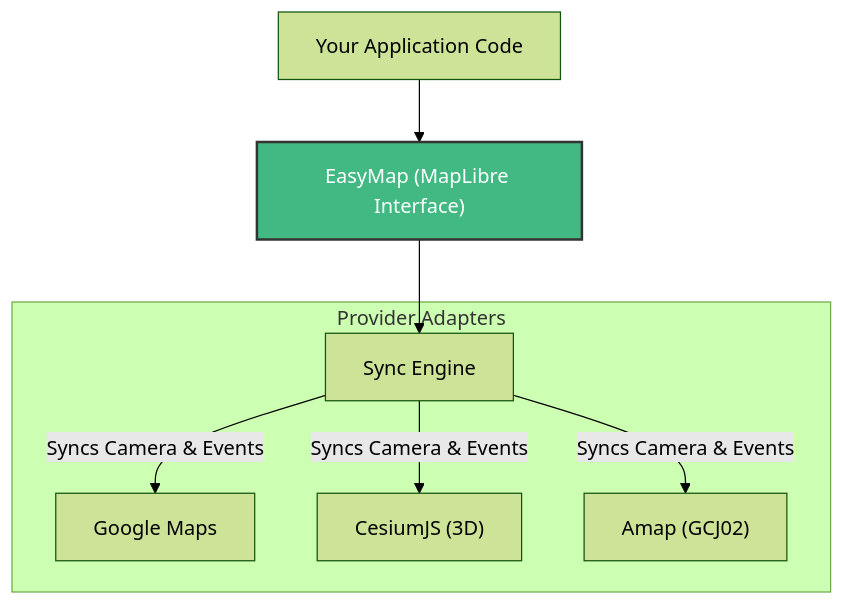
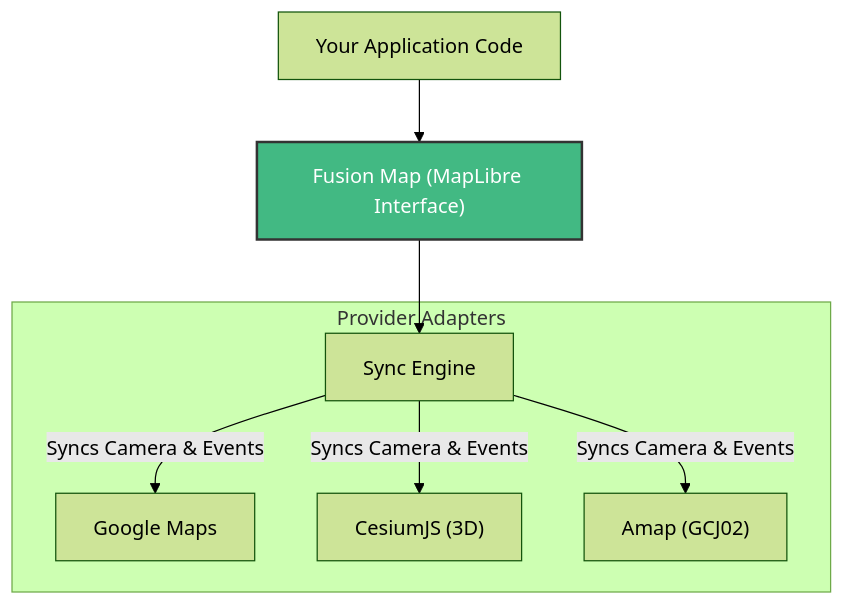
The diagram in README.md (txzh007/fusion-map), drawn with Mermaid (forest theme) before and after one commit. The commit also changed other lines of this file and 8 other files, not shown here.

````diff
--- a/README.md
+++ b/README.md
@@ -13,13 +13,13 @@
 ```mermaid
 graph TD
-    User["Your Application Code"] --> MapLibre["EasyMap (MapLibre Interface)"]
+    User["Your Application Code"] --> MapLibre["Fusion Map (MapLibre Interface)"]
     MapLibre --> SyncEngine["Sync Engine"]
     
     subgraph "Provider Adapters"
         SyncEngine --> |"Syncs Camera & Events"| Google["Google Maps"]
         SyncEngine --> |"Syncs Camera & Events"| Cesium["CesiumJS (3D)"]
         SyncEngine --> |"Syncs Camera & Events"| Amap["Amap (GCJ02)"]
     end
     
     style MapLibre fill:#42b983,stroke:#333,stroke-width:2px,color:#fff
 ```
````
